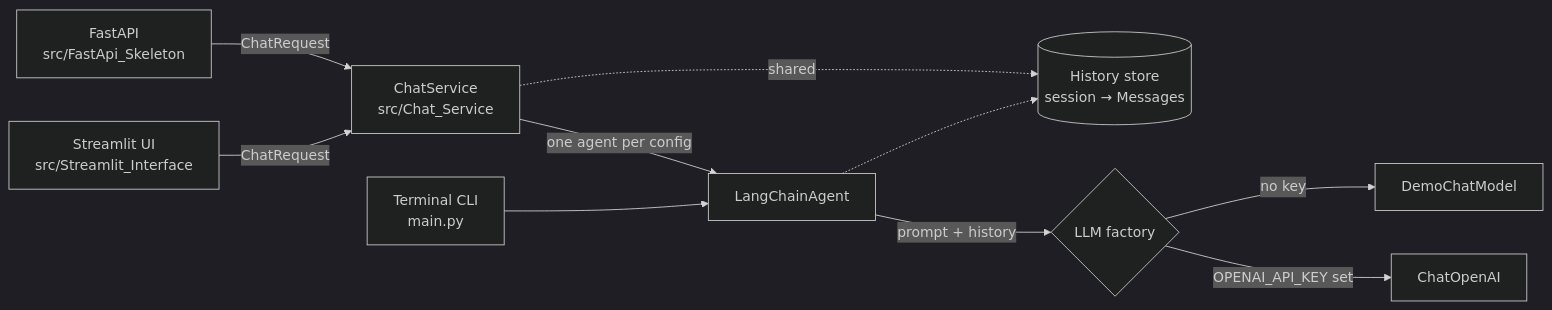
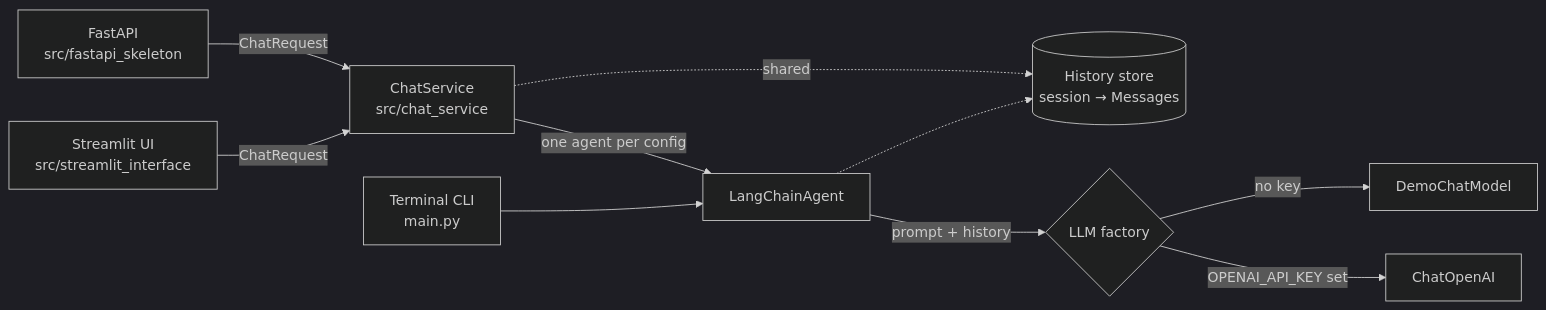
The diagram in docs/milestone-3-integration.md (Machine-Learning-Collective/gustaw-mateusz-speedrun), drawn with Mermaid (dark theme) before and after one commit. The commit also changed 24 other files, not shown here.

````diff
--- a/docs/milestone-3-integration.md
+++ b/docs/milestone-3-integration.md
@@ -11,12 +11,12 @@
 ```mermaid
 flowchart LR
-    UI["Streamlit UI<br/>src/Streamlit_Interface"] -->|ChatRequest| S
-    API["FastAPI<br/>src/FastApi_Skeleton"] -->|ChatRequest| S
+    UI["Streamlit UI<br/>src/streamlit_interface"] -->|ChatRequest| S
+    API["FastAPI<br/>src/fastapi_skeleton"] -->|ChatRequest| S
     CLI["Terminal CLI<br/>main.py"] --> A
-    S["ChatService<br/>src/Chat_Service"] -->|one agent per config| A["LangChainAgent"]
+    S["ChatService<br/>src/chat_service"] -->|one agent per config| A["LangChainAgent"]
     A -->|prompt + history| F{"LLM factory"}
     F -->|OPENAI_API_KEY set| O["ChatOpenAI"]
     F -->|no key| D["DemoChatModel"]
     S -.->|shared| H[("History store<br/>session → Messages")]
     A -.-> H
 ```
````
